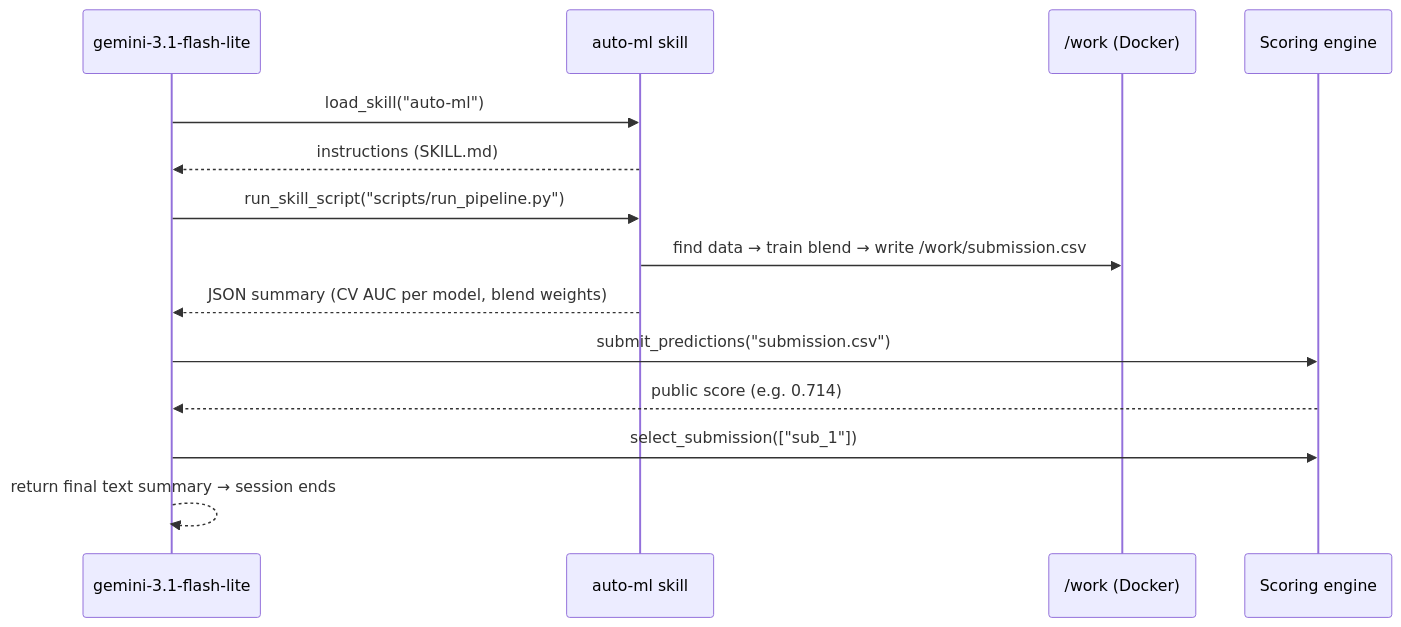
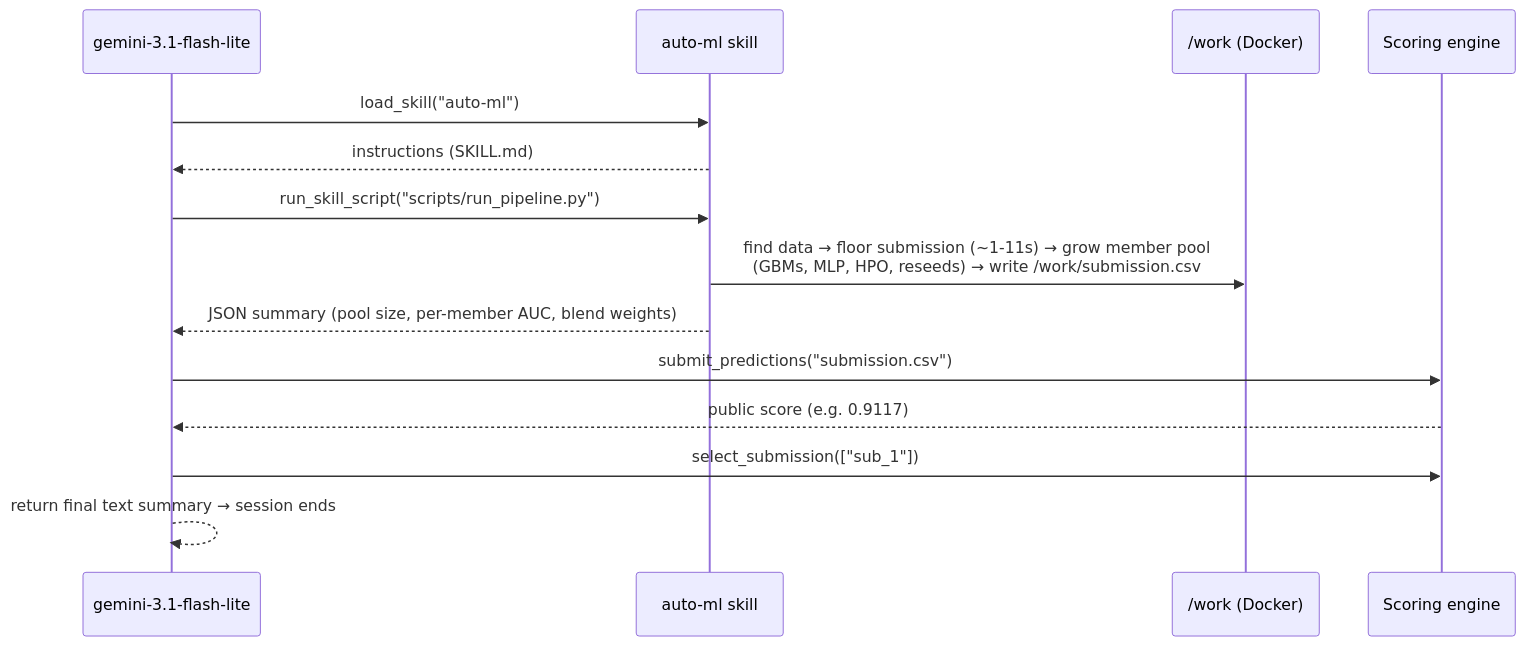
One commit to rushikeshdhumal/autonomous-agent-prediction changed the diagram in docs/06-agent-architecture.md. Above: the diagram before and after it, drawn with Mermaid. The commit also changed other lines of this file and 13 other files, not shown here.

````diff
--- a/docs/06-agent-architecture.md
+++ b/docs/06-agent-architecture.md
@@ -44,17 +47,17 @@
 ```mermaid
 sequenceDiagram
     participant LLM as gemini-3.1-flash-lite
     participant Skill as auto-ml skill
     participant Sandbox as /work (Docker)
     participant Score as Scoring engine
 
     LLM->>Skill: load_skill("auto-ml")
     Skill-->>LLM: instructions (SKILL.md)
     LLM->>Skill: run_skill_script("scripts/run_pipeline.py")
-    Skill->>Sandbox: find data → train blend → write /work/submission.csv
-    Skill-->>LLM: JSON summary (CV AUC per model, blend weights)
+    Skill->>Sandbox: find data → floor submission (~1-11s) → grow member pool<br/>(GBMs, MLP, HPO, reseeds) → write /work/submission.csv
+    Skill-->>LLM: JSON summary (pool size, per-member AUC, blend weights)
     LLM->>Score: submit_predictions("submission.csv")
-    Score-->>LLM: public score (e.g. 0.714)
+    Score-->>LLM: public score (e.g. 0.9117)
     LLM->>Score: select_submission(["sub_1"])
     LLM-->>LLM: return final text summary → session ends
 ```
````
